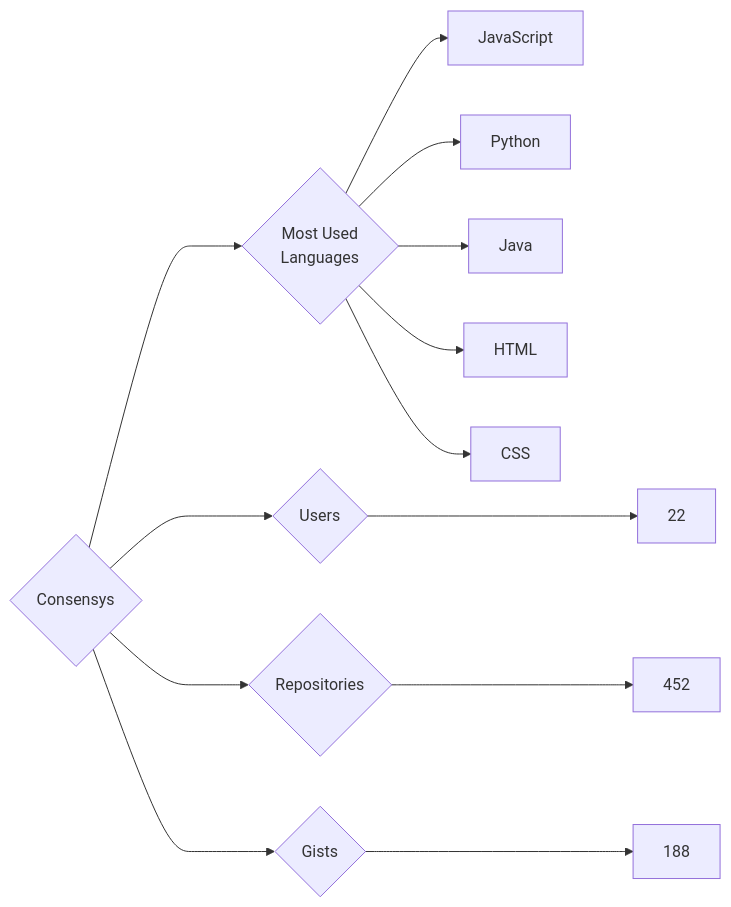
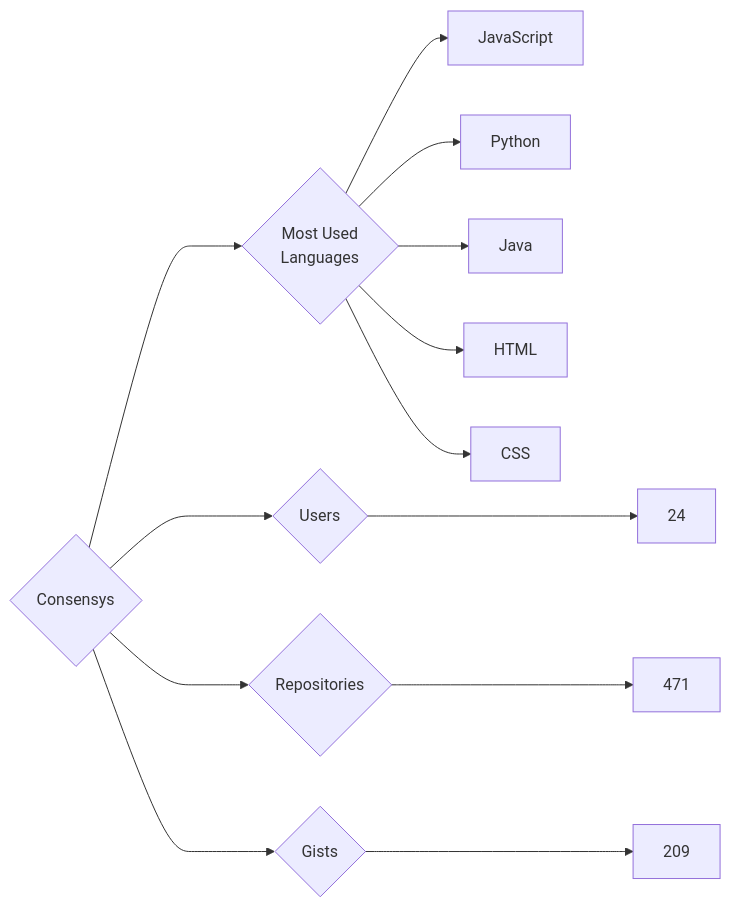
The diagram in targets/Consensys/README.md (trickest/insiders), drawn with Mermaid before and after one commit. The commit also changed 1030 other files, not shown here.

````diff
--- a/targets/Consensys/README.md
+++ b/targets/Consensys/README.md
@@ -3,13 +3,13 @@
 ```mermaid
 graph LR
 COMPANY_NAME{Consensys}
-COMPANY_NAME ---> U{Users} ---> UN[22]
-COMPANY_NAME ---> R{Repositories} ---> RN[452]
-COMPANY_NAME ---> G{Gists} ---> GN[188]
+COMPANY_NAME ---> U{Users} ---> UN[24]
+COMPANY_NAME ---> R{Repositories} ---> RN[471]
+COMPANY_NAME ---> G{Gists} ---> GN[209]
 COMPANY_NAME ---> ML{Most Used<br>Languages}
 ML --> JavaScript[JavaScript]
 ML --> Python[Python]
 ML --> Java[Java]
 ML --> HTML[HTML]
 ML --> CSS[CSS]
 ```
````
